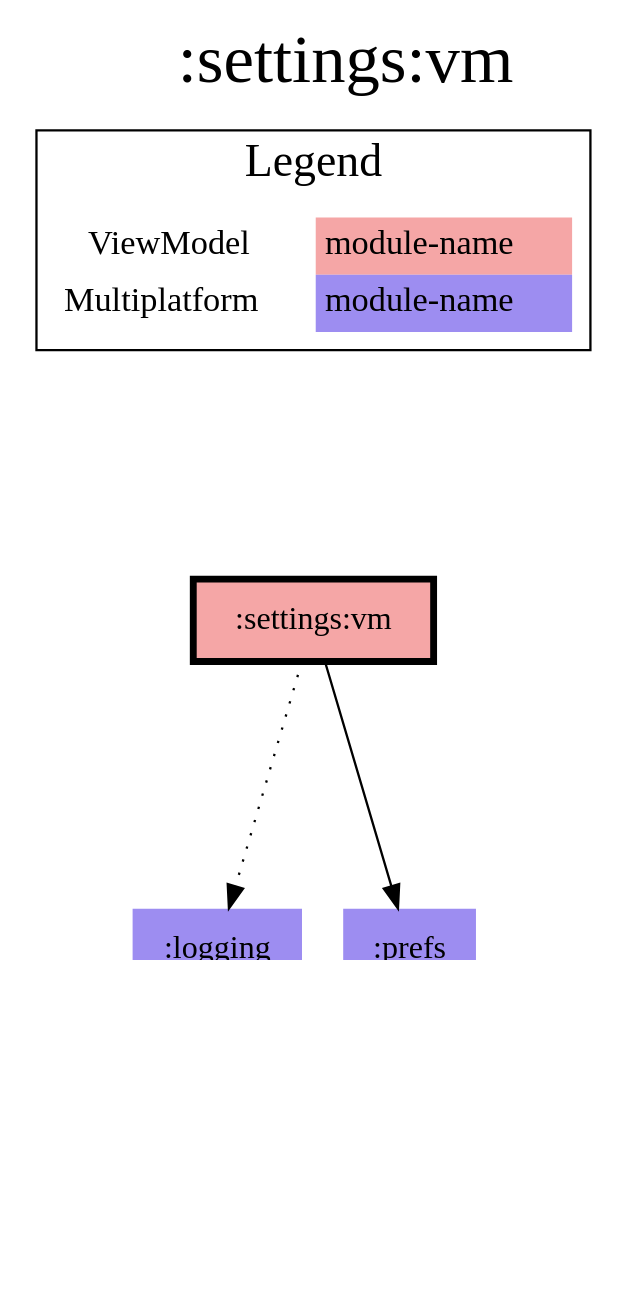
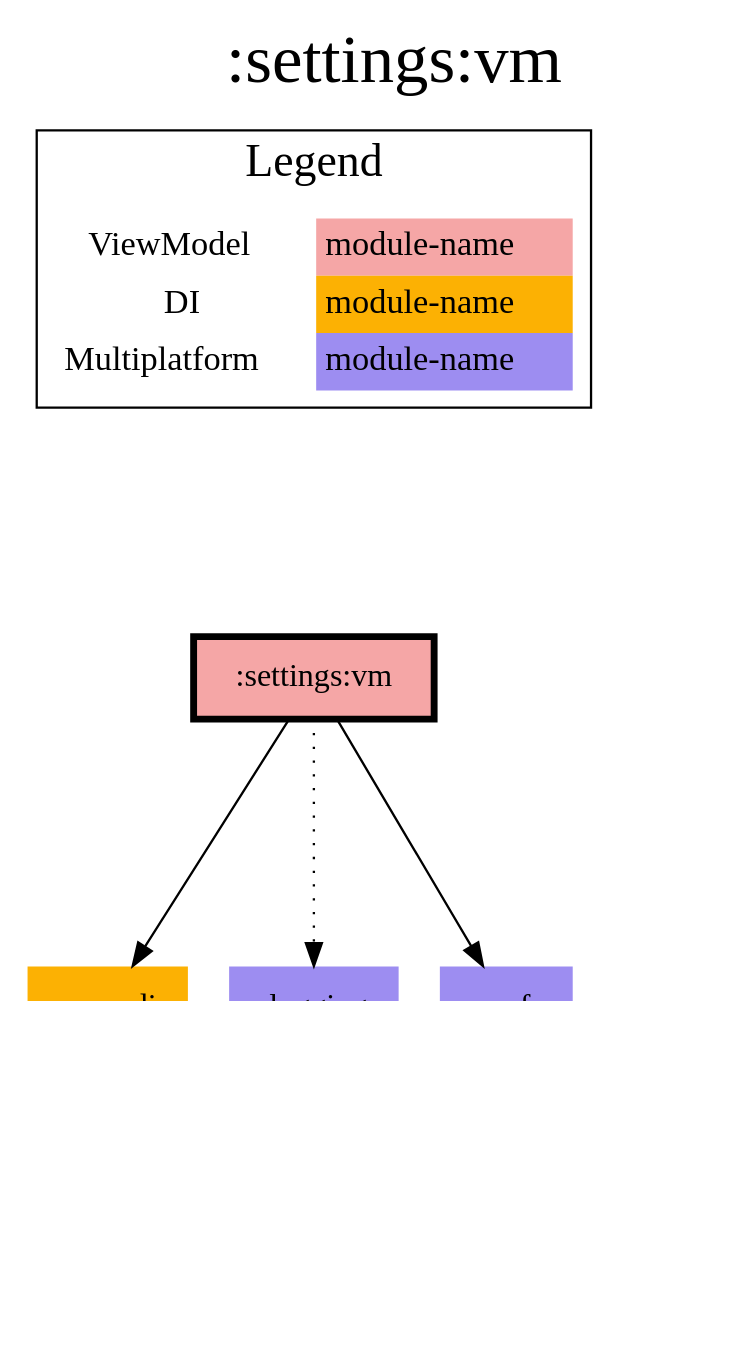
Before and after one commit to jonapoul/aktual: the diagram in modules/settings/vm/modules.dot, drawn with Graphviz. The commit also changed 217 other files, not shown here.

```diff
--- a/modules/settings/vm/modules.dot
+++ b/modules/settings/vm/modules.dot
@@ -1,29 +1,32 @@
 digraph {
 edge ["dir"="forward"]
 graph ["dpi"="100","label"=":settings:vm","labelloc"="t","fontsize"="30","ranksep"="1.5","rankdir"="TB"]
 node ["style"="filled"]
 ":account:model" ["fillcolor"="#9D8DF1","shape"="none"]
+":core:di" ["fillcolor"="#FCB103","shape"="none"]
 ":core:model" ["fillcolor"="#9D8DF1","shape"="none"]
 ":logging" ["fillcolor"="#9D8DF1","shape"="none"]
 ":prefs" ["fillcolor"="#9D8DF1","shape"="none"]
 ":settings:vm" ["fillcolor"="#F5A6A6","color"="black","penwidth"="3","shape"="box"]
 {
 edge ["dir"="none"]
 graph ["rank"="same"]
 ":settings:vm"
 }
 ":prefs" -> ":account:model"
 ":prefs" -> ":core:model"
+":settings:vm" -> ":core:di"
 ":settings:vm" -> ":logging" ["style"="dotted"]
 ":settings:vm" -> ":prefs"
 subgraph "cluster_legend" {
 edge ["dir"="none"]
 graph ["label"="Legend","fontsize"="20"]
 "Legend" ["style"="filled","fillcolor"="#FFFFFF","shape"="none","margin"="0","fontsize"="15","label"=<
 <TABLE BORDER="0" CELLBORDER="0" CELLSPACING="0" CELLPADDING="4">
 <TR><TD>ViewModel</TD><TD BGCOLOR="#F5A6A6">module-name</TD></TR>
+<TR><TD>DI</TD><TD BGCOLOR="#FCB103">module-name</TD></TR>
 <TR><TD>Multiplatform</TD><TD BGCOLOR="#9D8DF1">module-name</TD></TR>
 </TABLE>
 >]
 } -> ":settings:vm" ["style"="invis"]
 }
```
